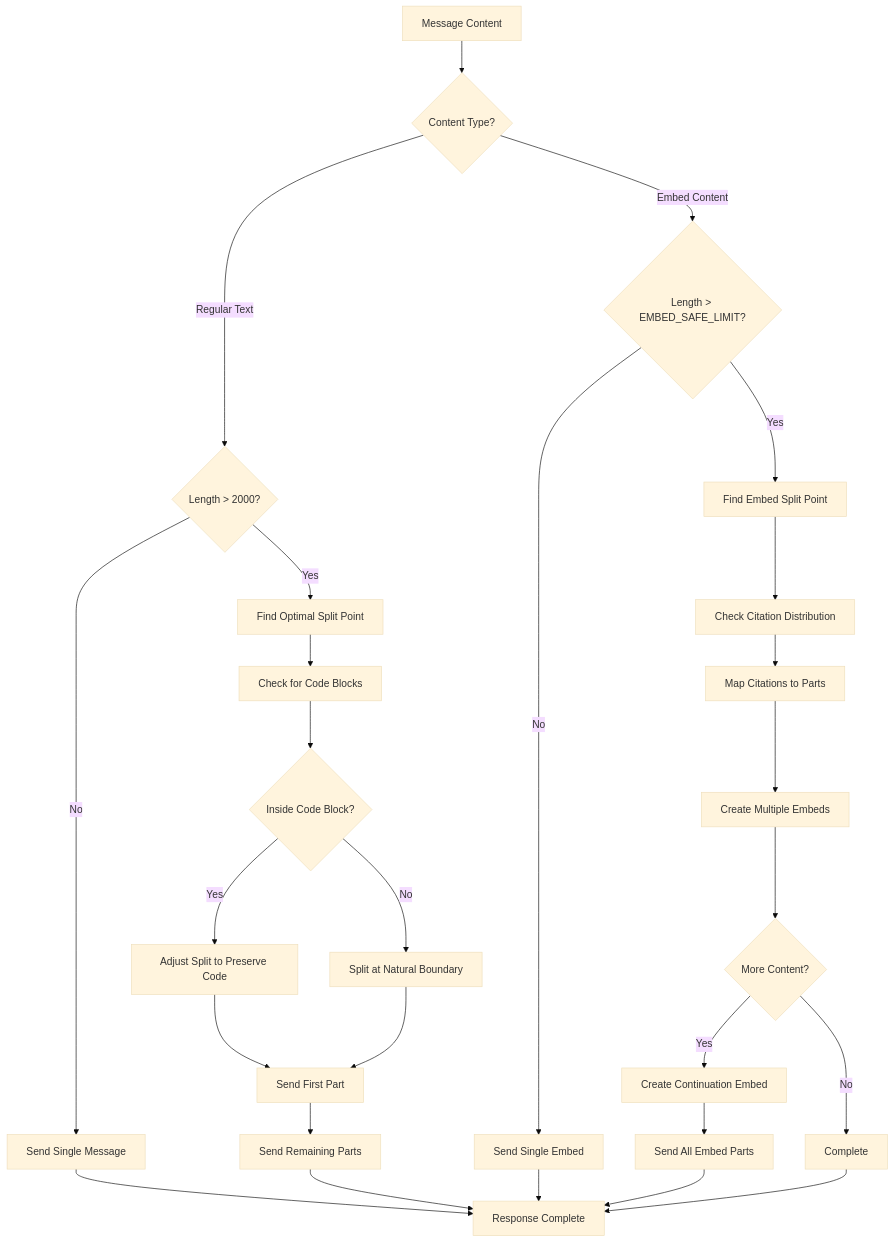
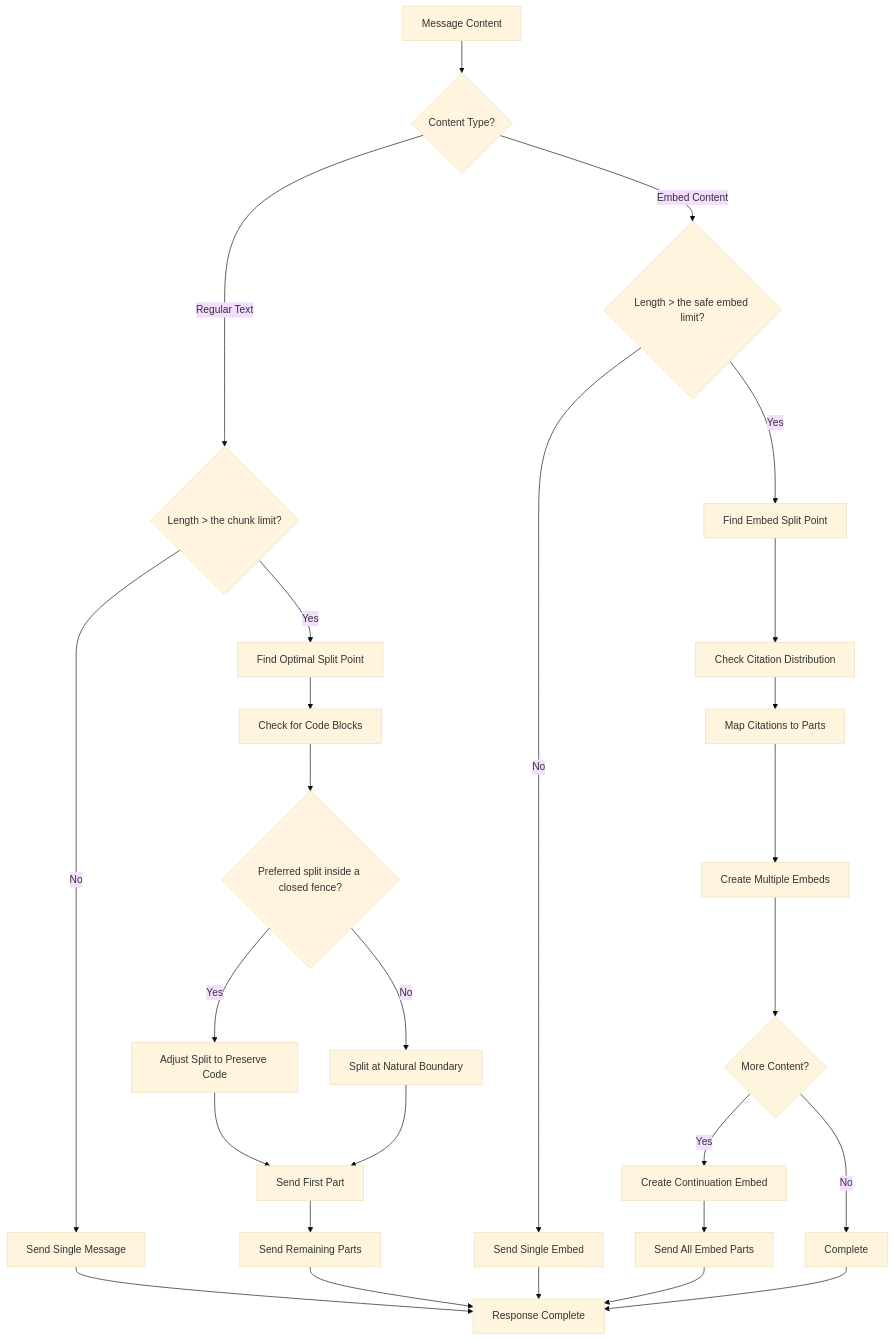
The first of 4 diagrams in docs/MessageSplitting.md (johndotpub/DiscordianAI), drawn with Mermaid (base theme) before and after one commit. The commit also changed other lines of this file and 6 other files, not shown here.

````diff
--- a/docs/MessageSplitting.md
+++ b/docs/MessageSplitting.md
@@ -44,37 +44,37 @@
 ```mermaid
 flowchart TD
     A[Message Content] --> B{Content Type?}
     
-    B -->|Regular Text| C{Length > 2000?}
-    B -->|Embed Content| D{Length > EMBED_SAFE_LIMIT?}
+    B -->|Regular Text| C{Length > the chunk limit?}
+    B -->|Embed Content| D{Length > the safe embed limit?}
     
     C -->|No| E[Send Single Message]
     C -->|Yes| F[Find Optimal Split Point]
     
     D -->|No| G[Send Single Embed]
     D -->|Yes| H[Find Embed Split Point]
     
     F --> I[Check for Code Blocks]
     H --> J[Check Citation Distribution]
     
-    I --> K{Inside Code Block?}
+    I --> K{Preferred split inside a closed fence?}
     K -->|Yes| L[Adjust Split to Preserve Code]
     K -->|No| M[Split at Natural Boundary]
     
     J --> N[Map Citations to Parts]
     N --> O[Create Multiple Embeds]
     O --> P{More Content?}
     P -->|Yes| Q[Create Continuation Embed]
     P -->|No| R[Complete]
     
     L --> S[Send First Part]
     M --> S
     S --> T[Send Remaining Parts]
     
     G --> U[Response Complete]
     E --> U
     T --> U
     R --> U
     Q --> V[Send All Embed Parts]
     V --> U
 ```
````
